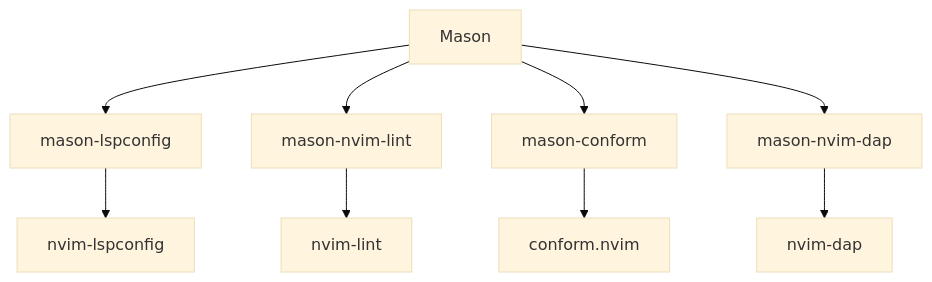
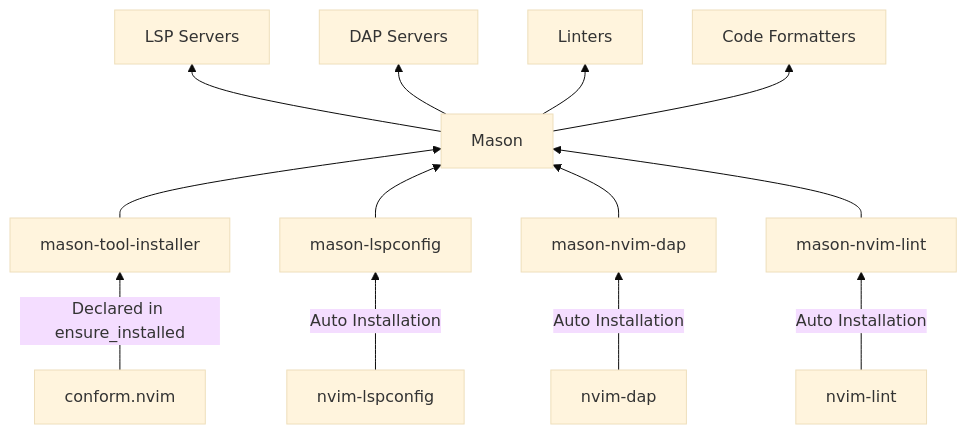
Before and after one commit to DaniloMekic/dotfiles: the diagram in Neovim/README.md, drawn with Mermaid (base theme).

Commit message:
chore: remove mason-conform from Mermaid chart, since plugin is dropped

````diff
--- a/Neovim/README.md
+++ b/Neovim/README.md
@@ -17,17 +17,17 @@
 ```mermaid
-flowchart TD
-    Mason
- 
-    Mason --> mason-lspconfig
-    Mason --> mason-nvim-lint
-    Mason --> mason-conform
-    Mason --> mason-nvim-dap
- 
-    mason-lspconfig --> nvim-lspconfig
- 
-    mason-nvim-lint --> nvim-lint
- 
-    mason-conform --> conform.nvim
- 
-    mason-nvim-dap --> nvim-dap
+flowchart BT
+    Mason --> A["LSP Servers"]
+    Mason --> B["DAP Servers"]
+    Mason --> C["Linters"]
+    Mason --> D["Code Formatters"]
+
+    mason-tool-installer --> Mason
+    mason-lspconfig --> Mason
+    mason-nvim-dap --> Mason
+    mason-nvim-lint --> Mason
+
+    nvim-lspconfig -- "Auto Installation" --> mason-lspconfig
+    nvim-dap -- "Auto Installation" --> mason-nvim-dap
+    nvim-lint -- "Auto Installation" --> mason-nvim-lint
+    conform.nvim -- "Declared in ensure_installed" --> mason-tool-installer
 ```
````
